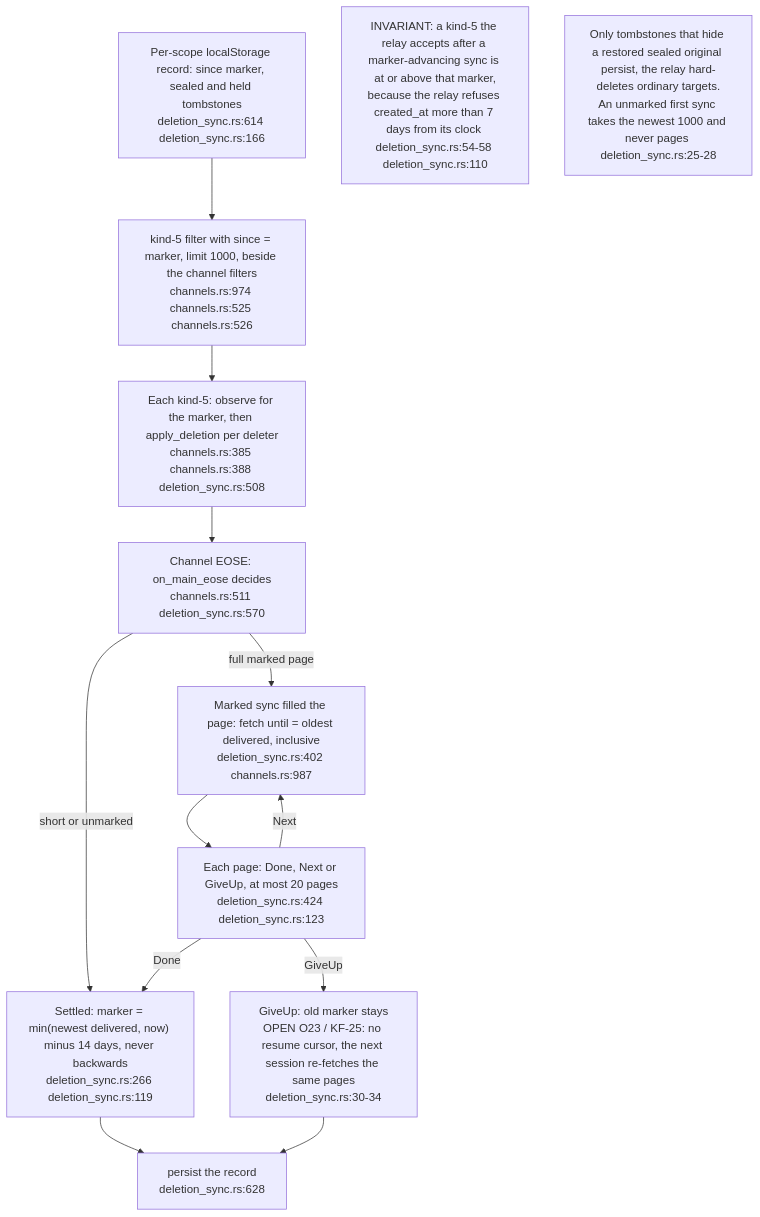
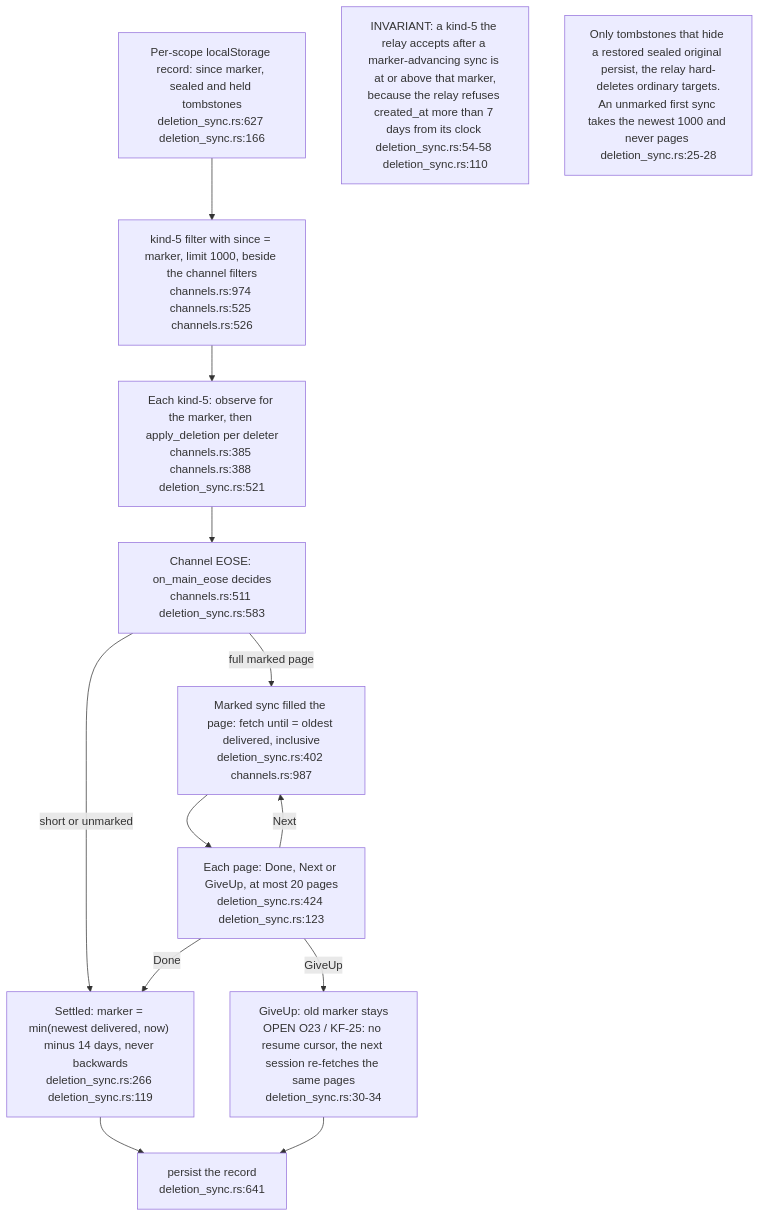
One commit to DreamLab-AI/VisionFlow changed the seventh of 9 diagrams in docs/diagrams/nostr-rust-forum/30-client-messaging-search-notifications-and-sync.md. Above: the diagram before and after it, drawn with Mermaid. The commit also changed other lines of this file and 23 other files, not shown here.

First line of the commit message:
docs(diagrams): pass C nostr-rust-forum area re-verified at de31aaa

````diff
--- a/docs/diagrams/nostr-rust-forum/30-client-messaging-search-notifications-and-sync.md
+++ b/docs/diagrams/nostr-rust-forum/30-client-messaging-search-notifications-and-sync.md
@@ -245,24 +248,24 @@
 ```mermaid
 flowchart TB
-    LOAD["Per-scope localStorage record: since marker, sealed and held tombstones<br/>deletion_sync.rs:614 deletion_sync.rs:166"]
+    LOAD["Per-scope localStorage record: since marker, sealed and held tombstones<br/>deletion_sync.rs:627 deletion_sync.rs:166"]
     REQ["kind-5 filter with since = marker, limit 1000, beside the channel filters<br/>channels.rs:974 channels.rs:525 channels.rs:526"]
-    OBS["Each kind-5: observe for the marker, then apply_deletion per deleter<br/>channels.rs:385 channels.rs:388 deletion_sync.rs:508"]
-    EOSE["Channel EOSE: on_main_eose decides<br/>channels.rs:511 deletion_sync.rs:570"]
+    OBS["Each kind-5: observe for the marker, then apply_deletion per deleter<br/>channels.rs:385 channels.rs:388 deletion_sync.rs:521"]
+    EOSE["Channel EOSE: on_main_eose decides<br/>channels.rs:511 deletion_sync.rs:583"]
     PAGE["Marked sync filled the page: fetch until = oldest delivered, inclusive<br/>deletion_sync.rs:402 channels.rs:987"]
     NEXT["Each page: Done, Next or GiveUp, at most 20 pages<br/>deletion_sync.rs:424 deletion_sync.rs:123"]
     DONE["Settled: marker = min(newest delivered, now) minus 14 days, never backwards<br/>deletion_sync.rs:266 deletion_sync.rs:119"]
     GIVE["GiveUp: old marker stays<br/>OPEN O23 / KF-25: no resume cursor, the next session re-fetches the same pages<br/>deletion_sync.rs:30-34"]
-    SAVE["persist the record<br/>deletion_sync.rs:628"]
+    SAVE["persist the record<br/>deletion_sync.rs:641"]
 
     LOAD --> REQ --> OBS --> EOSE
     EOSE -->|full marked page| PAGE --> NEXT
     NEXT -->|Next| PAGE
     EOSE -->|short or unmarked| DONE
     NEXT -->|Done| DONE
     NEXT -->|GiveUp| GIVE
     DONE --> SAVE
     GIVE --> SAVE
 
     N1["INVARIANT: a kind-5 the relay accepts after a marker-advancing sync is at or above that marker,<br/>because the relay refuses created_at more than 7 days from its clock deletion_sync.rs:54-58 deletion_sync.rs:110"]
     N2["Only tombstones that hide a restored sealed original persist, the relay hard-deletes ordinary targets.<br/>An unmarked first sync takes the newest 1000 and never pages deletion_sync.rs:25-28"]
 ```
````
